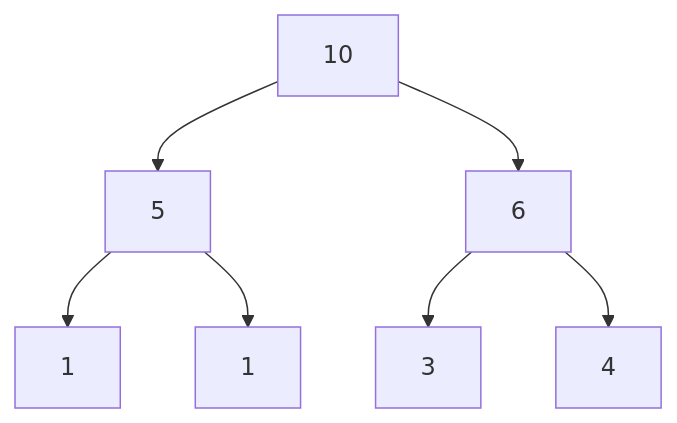
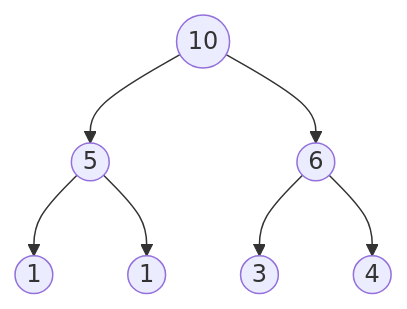
The sixth of 15 diagrams in cst/6binnode/Ex6a2binnode.md (3strategy/BeautifulMivney), drawn with Mermaid before and after one commit. The commit also changed other lines of this file and 3 other files, not shown here.

````diff
--- a/cst/6binnode/Ex6a2binnode.md
+++ b/cst/6binnode/Ex6a2binnode.md
@@ -113,9 +113,9 @@
     ```mermaid
     flowchart TB
-      A[10] --> B[5]
-      A --> C[6]
-      B --> D[1]:::leaf
-      B --> E[1]:::leaf
-      C --> F[3]:::leaf
-      C --> G[4]:::leaf
+      A((10)) --> B((5))
+      A --> C((6))
+      B --> D((1)):::leaf
+      B --> E((1)):::leaf
+      C --> F((3)):::leaf
+      C --> G((4)):::leaf
     ```
````
